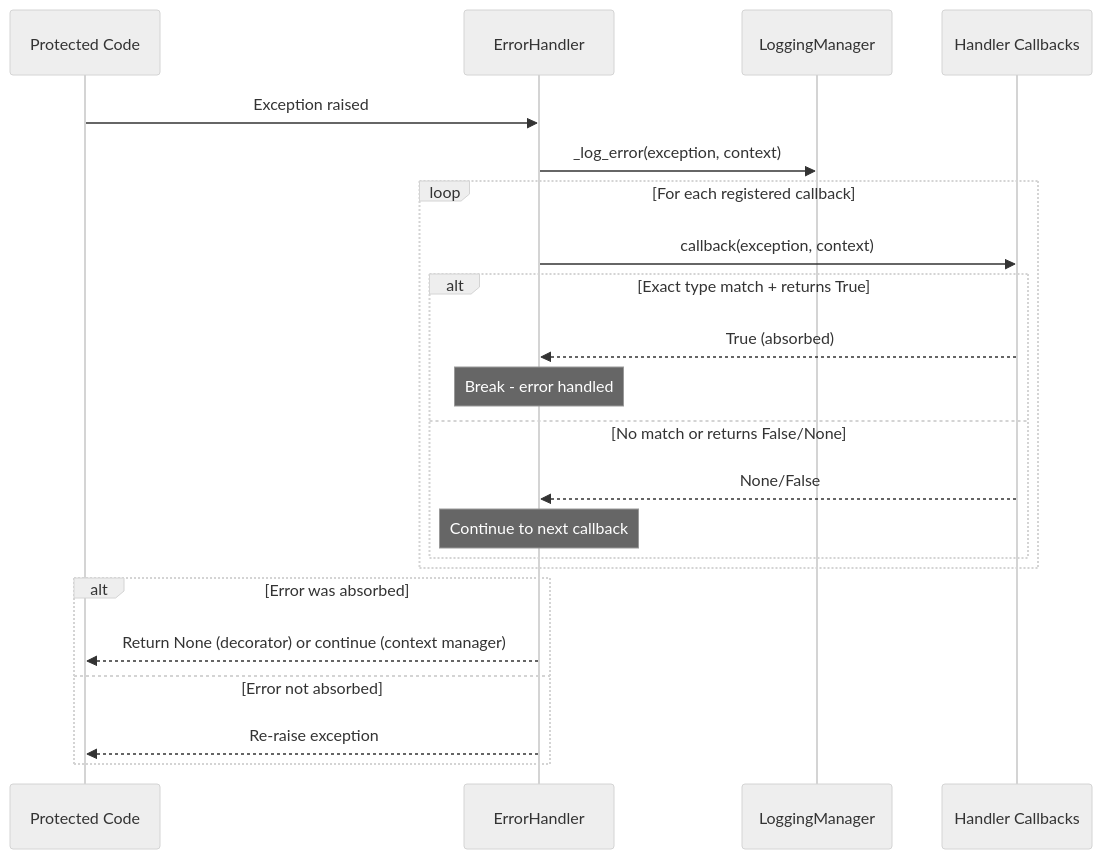
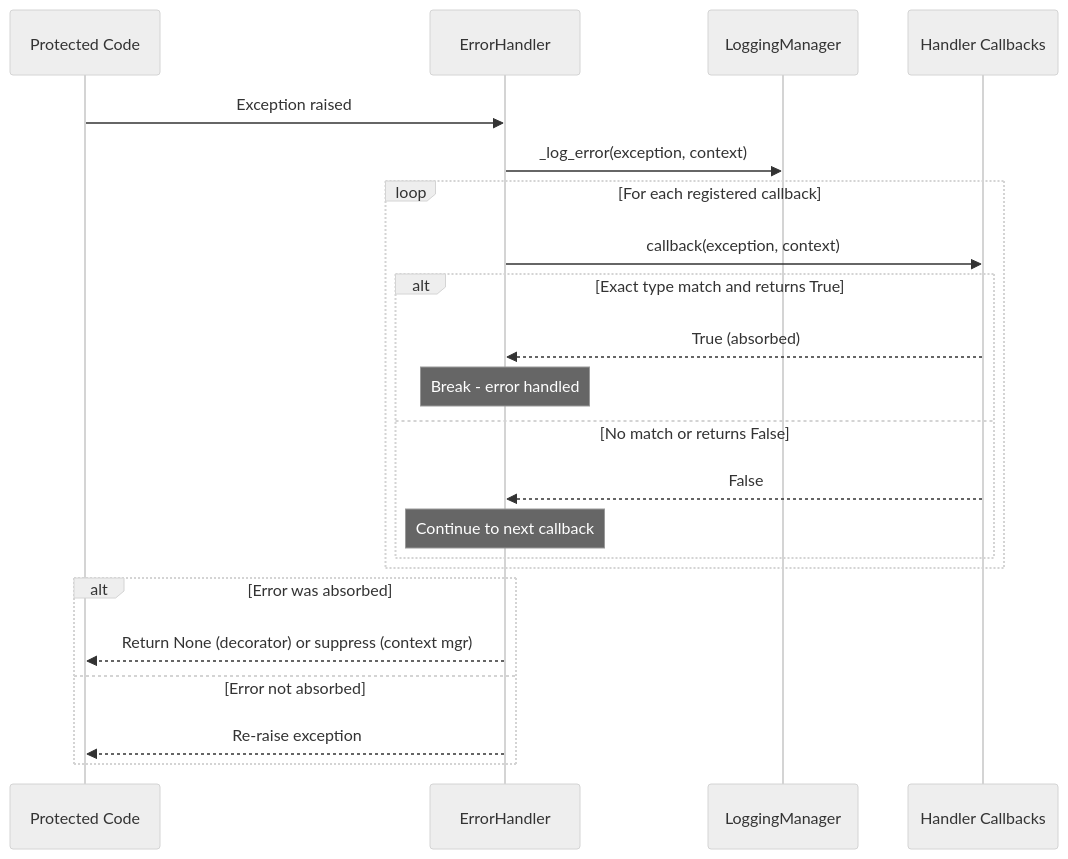
One commit to PAMunb/rvsec changed the fifth of 6 diagrams in rv-android/modules/rv-android-core/docs/architecture.md. Above: the diagram before and after it, drawn with Mermaid. The commit also changed other lines of this file and 17 other files, not shown here.

First line of the commit message:
docs(tg5): architecture docs for all 13 modules + aperv spec rewrite + script updates (refs #48)

````diff
--- a/rv-android/modules/rv-android-core/docs/architecture.md
+++ b/rv-android/modules/rv-android-core/docs/architecture.md
@@ -367,28 +449,28 @@
 ```mermaid
 %%{init: {'theme': 'neutral'}}%%
 sequenceDiagram
     participant Code as Protected Code
-    participant EH as ErrorHandler
-    participant Log as LoggingManager
-    participant CB as Handler Callbacks
+    participant ErrH as ErrorHandler
+    participant LogMgr as LoggingManager
+    participant Handlers as Handler Callbacks
 
-    Code->>EH: Exception raised
-    EH->>Log: _log_error(exception, context)
+    Code->>ErrH: Exception raised
+    ErrH->>LogMgr: _log_error(exception, context)
 
     loop For each registered callback
-        EH->>CB: callback(exception, context)
-        alt Exact type match + returns True
-            CB-->>EH: True (absorbed)
-            Note over EH: Break - error handled
-        else No match or returns False/None
-            CB-->>EH: None/False
-            Note over EH: Continue to next callback
+        ErrH->>Handlers: callback(exception, context)
+        alt Exact type match and returns True
+            Handlers-->>ErrH: True (absorbed)
+            Note over ErrH: Break - error handled
+        else No match or returns False
+            Handlers-->>ErrH: False
+            Note over ErrH: Continue to next callback
         end
     end
 
     alt Error was absorbed
-        EH-->>Code: Return None (decorator) or continue (context manager)
+        ErrH-->>Code: Return None (decorator) or suppress (context mgr)
     else Error not absorbed
-        EH-->>Code: Re-raise exception
+        ErrH-->>Code: Re-raise exception
     end
 ```
````
